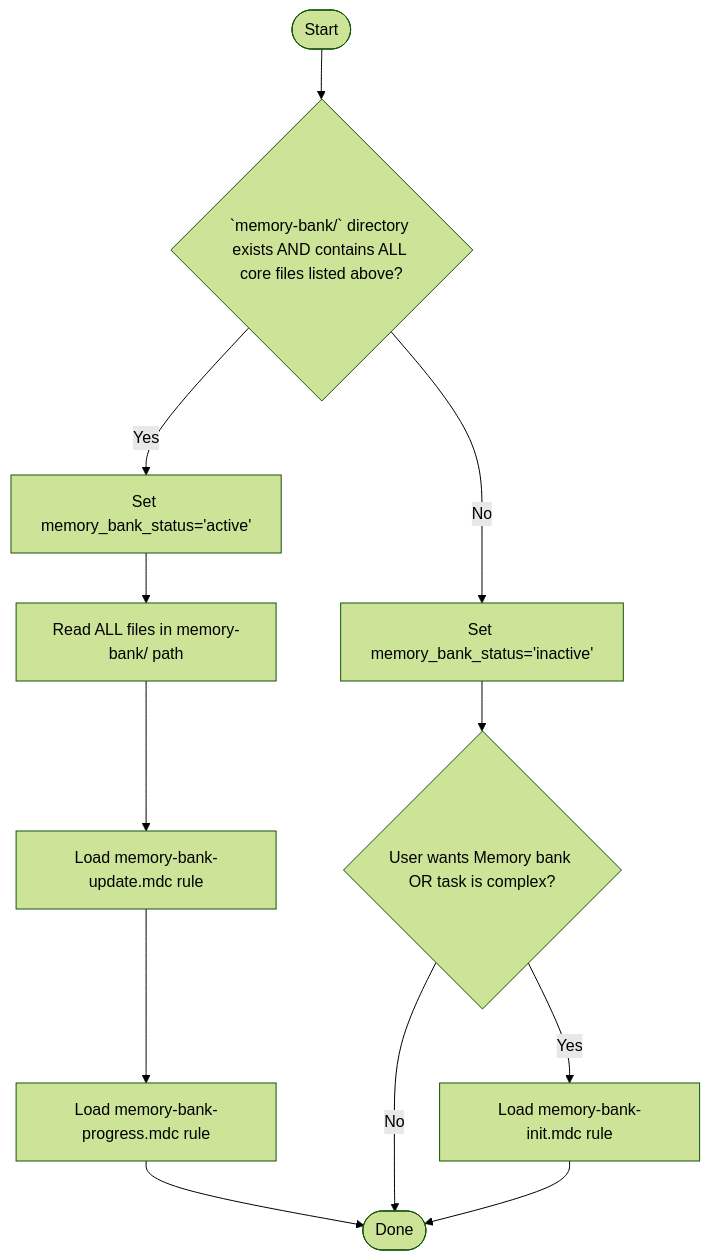
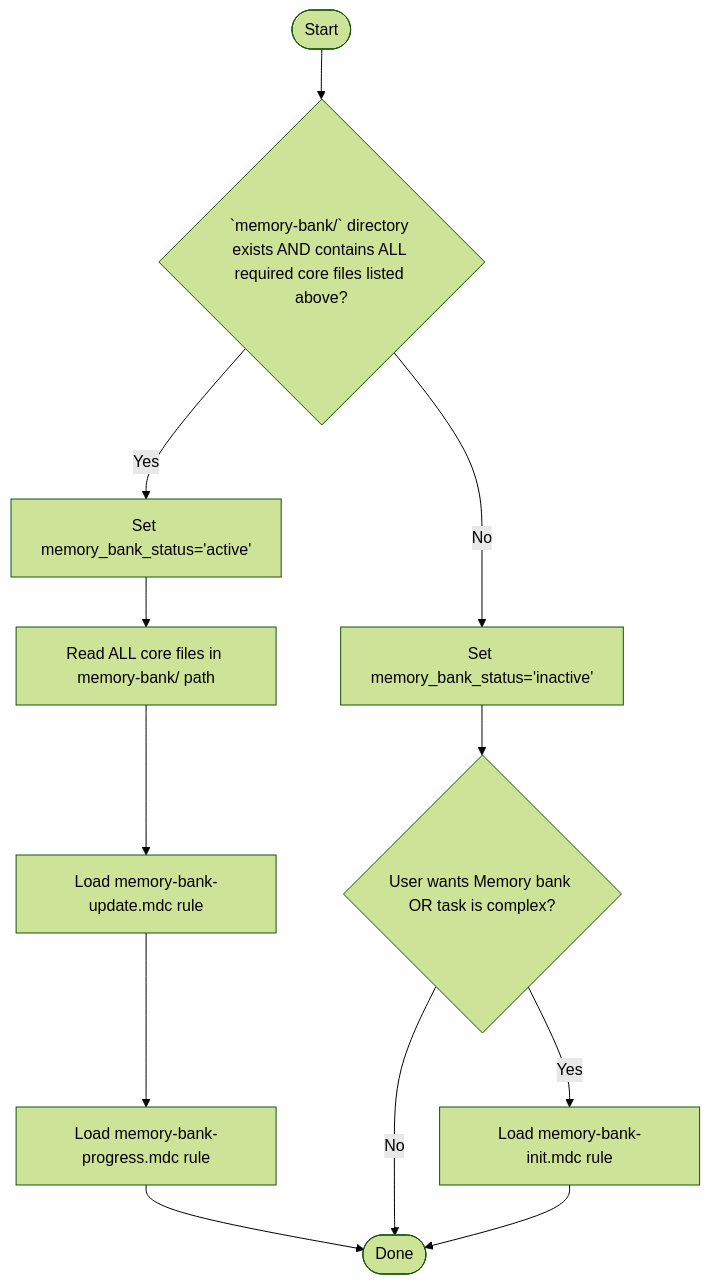
One commit to kvokka/getting-started changed the diagram in .cursor/rules/always/memory-bank-core.mdc. Above: the diagram before and after it, drawn with Mermaid (forest theme). The commit also changed other lines of this file and 2 other files, not shown here.

Commit message:
feat: borrow Cline MB ideas

````diff
--- a/.cursor/rules/always/memory-bank-core.mdc
+++ b/.cursor/rules/always/memory-bank-core.mdc
@@ -22,17 +24,17 @@
 ```mermaid
 flowchart TD
-    Start([Start]) --> CheckMB{`memory-bank/` directory exists AND contains ALL core files listed above?}
+    Start([Start]) --> CheckMB{`memory-bank/` directory exists AND contains ALL required core files listed above?}
 
     CheckMB -->|No| SetInactive[Set memory_bank_status='inactive']
     CheckMB -->|Yes| SetActive[Set memory_bank_status='active']
 
-    SetActive --> ReadFiles[Read ALL files in memory-bank/ path]
+    SetActive --> ReadFiles[Read ALL core files in memory-bank/ path]
     ReadFiles --> LoadUpdateRule[Load memory-bank-update.mdc rule]
     LoadUpdateRule --> LoadProgressRule[Load memory-bank-progress.mdc rule]
     LoadProgressRule --> Done
 
     SetInactive --> CheckInit{User wants Memory bank OR task is complex?}
     CheckInit -->|Yes| LoadInitRule[Load memory-bank-init.mdc rule]
     CheckInit -->|No| Done
     LoadInitRule --> Done([Done])
 ```
````
